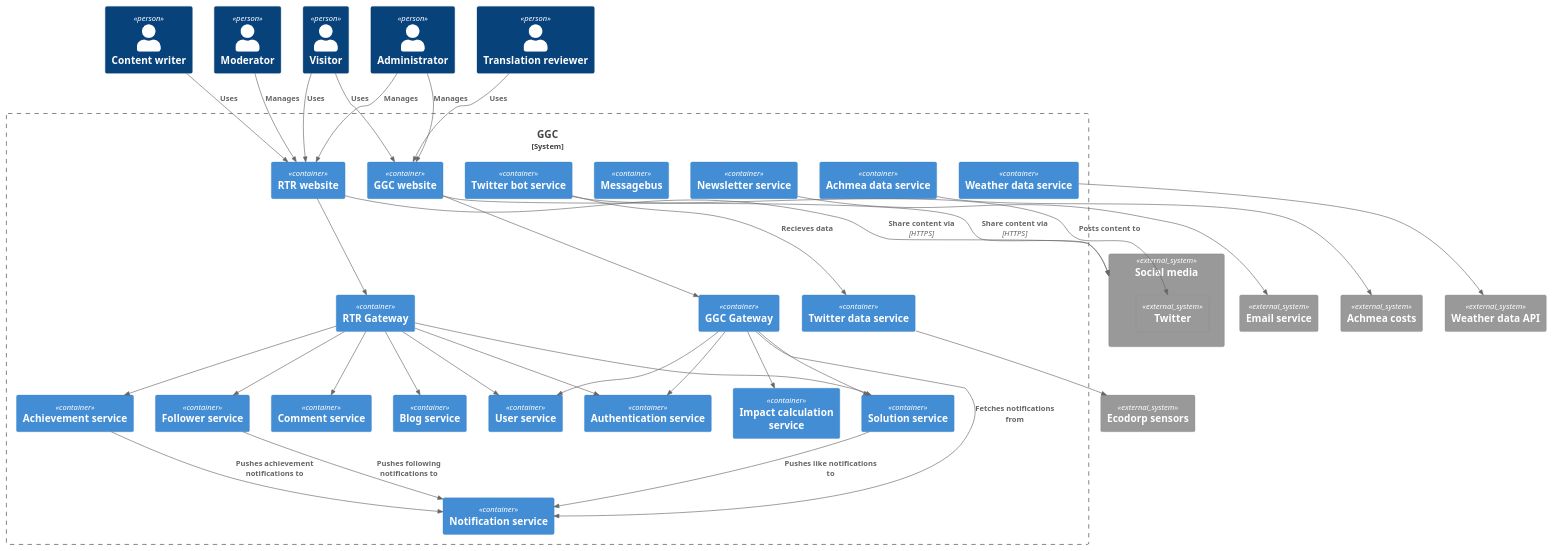
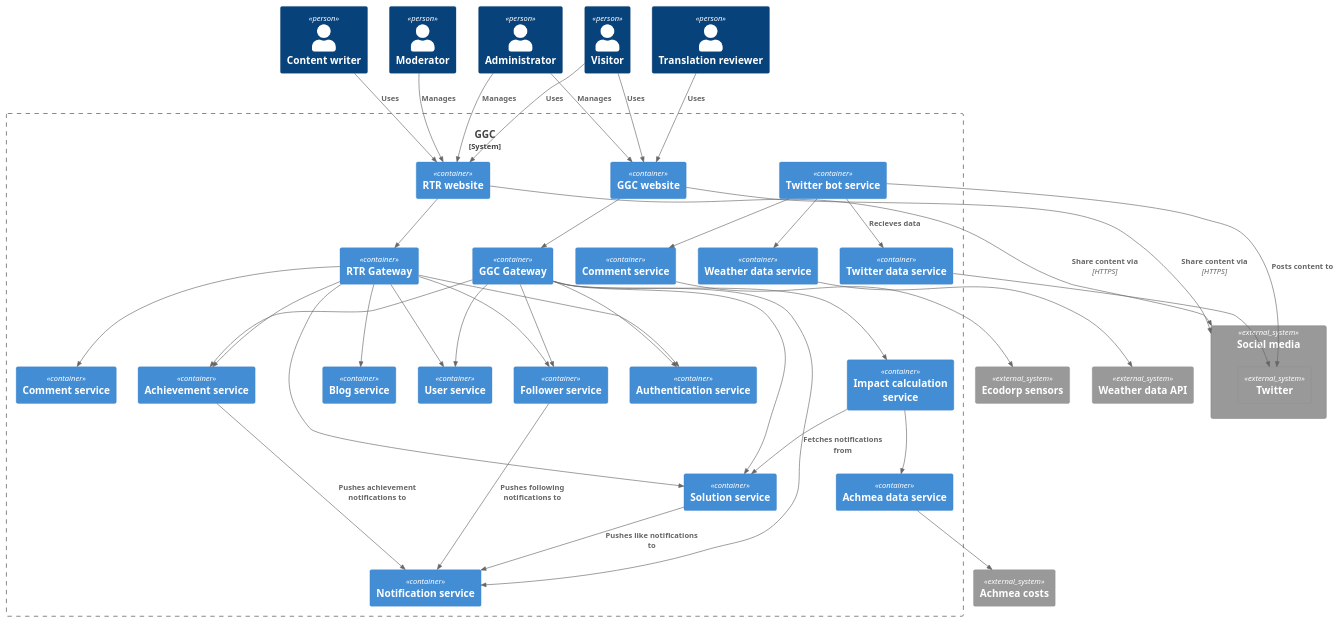
The diagram in c2.puml (Fontys-S6-maatwerk/GGCArchitecture), drawn with PlantUML before and after one commit.

Commit message:
Updated the c2 model
- added correct connections and dependencies
- updated uncertaities and TODO's
- added necessary services
- deleted unnecessary services

- messagebus deleted (TODO work out comminication diagram)

```diff
--- a/c2.puml
+++ b/c2.puml
@@ -1,106 +1,102 @@
 @startuml C1 GGC
 !include https://raw.githubusercontent.com/plantuml-stdlib/C4-PlantUML/master/C4_Container.puml
 
 Person(p_admin, "Administrator")
 Person(p_visitor, "Visitor")
 Person(p_contentWriter, "Content writer")
 Person(p_moderator, "Moderator")
 Person(p_translationReviewer, "Translation reviewer")
 
 System_Boundary(s_ggc, "GGC") {
     Container(c_rtrWebsite, "RTR website")
     Container(c_ggcWebsite, "GGC website")
     Container(c_rtrGateway, "RTR Gateway")
     Container(c_ggcGateway, "GGC Gateway")
     Container(c_authService, "Authentication service")
     Container(c_solutionService, "Solution service")
     Container(C_userService, "User service")
     Container(c_achievementService, "Achievement service")
     Container(c_blogService, "Blog service")
     Container(c_impactCalculationService, "Impact calculation service")
     Container(c_twitterBotService, "Twitter bot service")
     Container(c_notificationService, "Notification service")
     Container(c_followerService, "Follower service")
     Container(c_commentService, "Comment service")
-
-    Container(messagebus, "Messagebus")
+    Container(c_ecodorpDataService, "Comment service")
     
-    Container(c_newsletterService, "Newsletter service")
     Container(c_achmeaDataService, "Achmea data service")
     Container(c_weatherDataService, "Weather data service")
     Container(c_twitterDataService, "Twitter data service")
 }
 
 System_Ext(s_socialMedia, "Social media") {
     System_Ext(s_twitter, "Twitter")
 }
 System_Ext(s_ecodorpSensors, "Ecodorp sensors")
 System_Ext(s_weatherdataAPI, "Weather data API")
 System_Ext(s_achmeaCosts, "Achmea costs")
-System_Ext(s_emailService, "Email service")
 
 'Website relations
 Rel_D(c_rtrWebsite, c_rtrGateway, "")
 Rel_D(c_ggcWebsite, c_ggcGateway, "")
 
 'Twitter bot relations
 Rel(c_twitterBotService, s_twitter, "Posts content to")
 Rel(c_twitterBotService, c_twitterDataService, "Recieves data")
 
 'RTR gateway relations
 Rel(c_rtrGateway, c_commentService, "")
 Rel(c_rtrGateway, c_solutionService, "")
 Rel(c_rtrGateway, C_userService, "")
 Rel(c_rtrGateway, c_followerService, "")
 Rel(c_rtrGateway, c_blogService, "")
 Rel(c_rtrGateway, c_authService, "")
 Rel(c_rtrGateway, c_achievementService, "")
 
 'GGC Gateway relations
 Rel(c_ggcGateway, c_notificationService, "Fetches notifications from")
 Rel(c_ggcGateway, c_solutionService, "")
 Rel(c_ggcGateway, C_userService, "")
 Rel(c_ggcGateway, c_impactCalculationService, "")
 Rel(c_ggcGateway, c_authService, "")
+Rel(c_ggcGateway, c_achievementService, "")
+Rel(c_ggcGateway, c_followerService, "")
 
 'data aggregation relations
 Rel(c_weatherDataService, s_weatherdataAPI, "")
-Rel(c_newsletterService, s_emailService, "")
-Rel(c_twitterDataService, s_ecodorpSensors, "")
+Rel(c_twitterDataService, s_twitter, "")
 Rel(c_achmeaDataService, s_achmeaCosts, "")
 
 Rel_D(p_admin, c_ggcWebsite, "Manages")
 Rel_D(p_admin, c_rtrWebsite, "Manages")
 Rel_D(p_contentWriter, c_rtrWebsite, "Uses")
 Rel_D(p_moderator, c_rtrWebsite, "Manages")
 Rel_D(p_visitor, c_rtrWebsite, "Uses")
 Rel_D(p_visitor, c_ggcWebsite, "Uses")
 Rel_D(p_translationReviewer, c_ggcWebsite, "Uses")
 
 'Notification Service relations
 Rel(c_achievementService, c_notificationService, "Pushes achievement notifications to")
 Rel(c_followerService, c_notificationService, "Pushes following notifications to")
 Rel(c_solutionService, c_notificationService, "Pushes like notifications to")
 
 'Social media relations
 Rel(c_ggcWebsite, s_socialMedia, "Share content via", "HTTPS")
 Rel(c_rtrWebsite, s_socialMedia, "Share content via", "HTTPS")
 
+Rel(c_impactCalculationService, c_achmeaDataService, "")
+Rel(c_impactCalculationService, c_solutionService, "")
+
+Rel(c_twitterBotService, c_weatherDataService, "")
+Rel(c_twitterBotService, c_ecodorpDataService, "")
+Rel(c_ecodorpDataService, s_ecodorpSensors, "")
+
 /'
-Comments Maxime:
-
-Uncertainties
-- how do I add a message bus?
-- does ggc use follower service?
-- is twitterDataService just aggregating data for twitterbot?
-- what services listen to the message bus and what services post to it?
-
 TODO:
 - review everything (check for missing relations or incorrect relations)
 - add comments to relations
 - add techniques used per container
 - check for spelling
-- place the messagebus between domain services and data aggregation services
 '/
 
 @enduml
```
